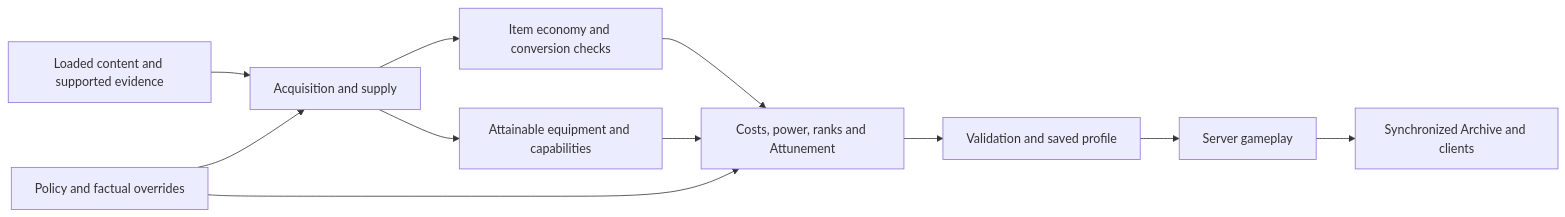
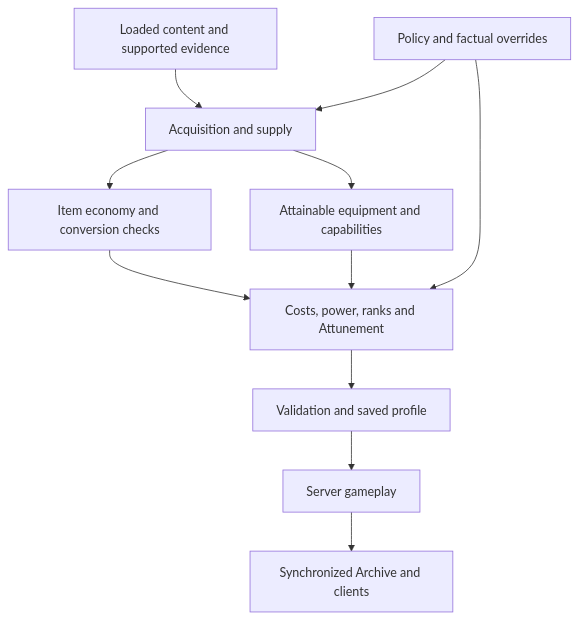
The diagram in docs/wiki/Procedural-Balance.md (mistaboom/essence_ascendance), drawn with Mermaid before and after one commit.

Commit message:
Improve balance diagram readability in the live wiki

````diff
--- a/docs/wiki/Procedural-Balance.md
+++ b/docs/wiki/Procedural-Balance.md
@@ -29,13 +29,13 @@
 ```mermaid
-flowchart LR
+flowchart TD
     A["Loaded content and supported evidence"] --> B["Acquisition and supply"]
     B --> C["Item economy and conversion checks"]
     B --> D["Attainable equipment and capabilities"]
     C --> E["Costs, power, ranks and Attunement"]
     D --> E
     F["Policy and factual overrides"] --> B
     F --> E
     E --> G["Validation and saved profile"]
     G --> H["Server gameplay"]
     H --> I["Synchronized Archive and clients"]
 ```
````
